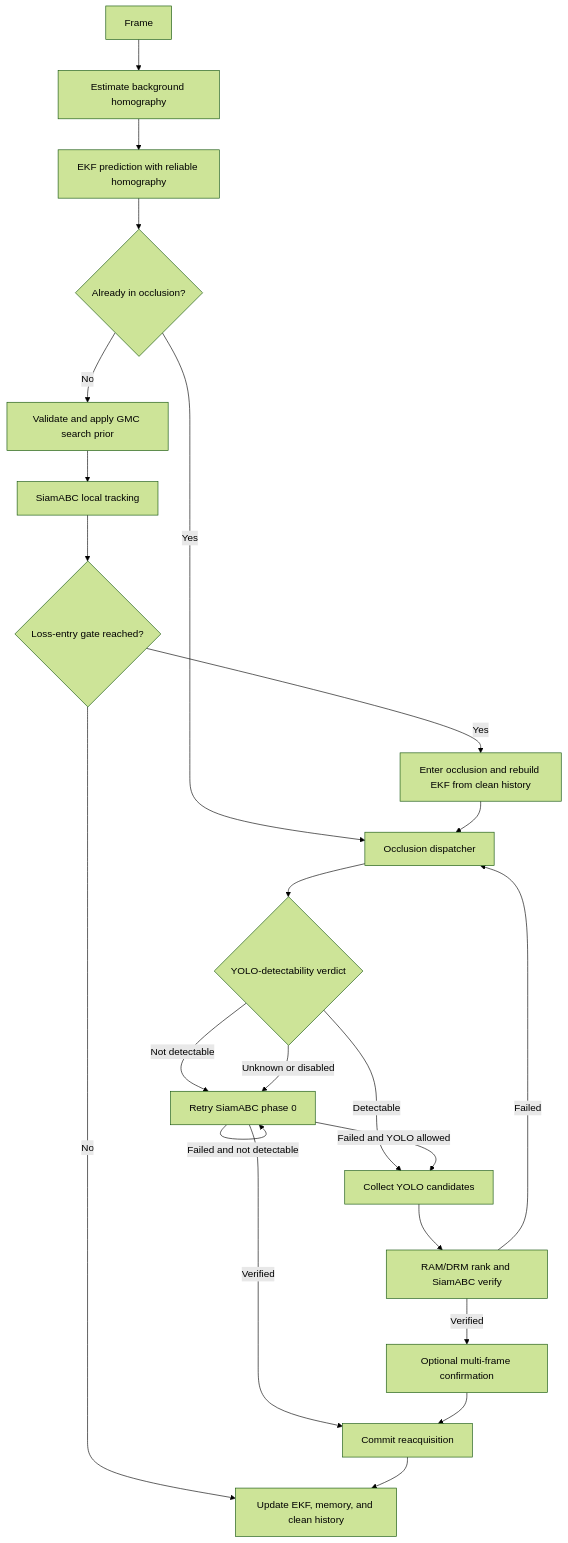
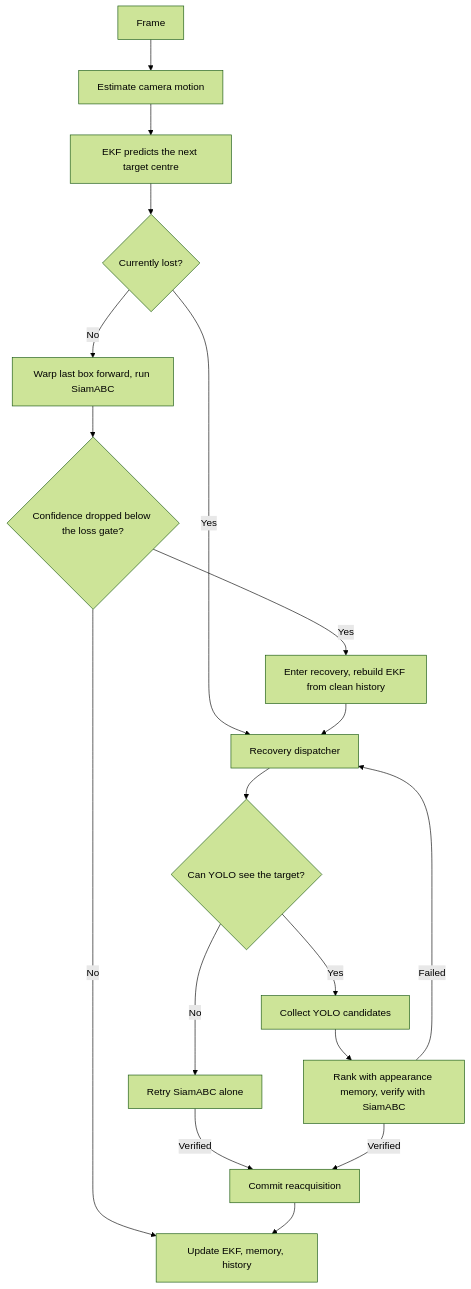
The diagram in README.md (MohammedAhmed124/SiamRAM), drawn with Mermaid (forest theme) before and after one commit. The commit also changed other lines of this file, not shown here.

First line of the commit message:
Rewrite README for the Phase 2 submission layout

````diff
--- a/README.md
+++ b/README.md
@@ -49,25 +32,20 @@
 ```mermaid
 flowchart TD
-    A[Frame] --> B[Estimate background homography]
-    B --> C[EKF prediction with reliable homography]
-    C --> D{Already in occlusion?}
-    D -- No --> E[Validate and apply GMC search prior]
-    E --> F[SiamABC local tracking]
-    F --> J{Loss-entry gate reached?}
-    J -- No --> K[Update EKF, memory, and clean history]
-    J -- Yes --> L[Enter occlusion and rebuild EKF from clean history]
-    D -- Yes --> M[Occlusion dispatcher]
+    A[Frame] --> B[Estimate camera motion]
+    B --> C[EKF predicts the next target centre]
+    C --> D{Currently lost?}
+    D -- No --> E[Warp last box forward, run SiamABC]
+    E --> F{Confidence dropped below the loss gate?}
+    F -- No --> K[Update EKF, memory, history]
+    F -- Yes --> L[Enter recovery, rebuild EKF from clean history]
+    D -- Yes --> M[Recovery dispatcher]
     L --> M
-    M --> N{YOLO-detectability verdict}
-    N -- Detectable --> O[Collect YOLO candidates]
-    N -- Not detectable --> P[Retry SiamABC phase 0]
-    N -- Unknown or disabled --> P
+    M --> N{Can YOLO see the target?}
+    N -- Yes --> O[Collect YOLO candidates]
+    N -- No --> P[Retry SiamABC alone]
+    O --> R[Rank with appearance memory, verify with SiamABC]
     P -- Verified --> Q[Commit reacquisition]
-    P -- Failed and YOLO allowed --> O
-    P -- Failed and not detectable --> P
-    O --> R[RAM/DRM rank and SiamABC verify]
+    R -- Verified --> Q
     R -- Failed --> M
-    R -- Verified --> S[Optional multi-frame confirmation]
-    S --> Q
     Q --> K
 ```
````
